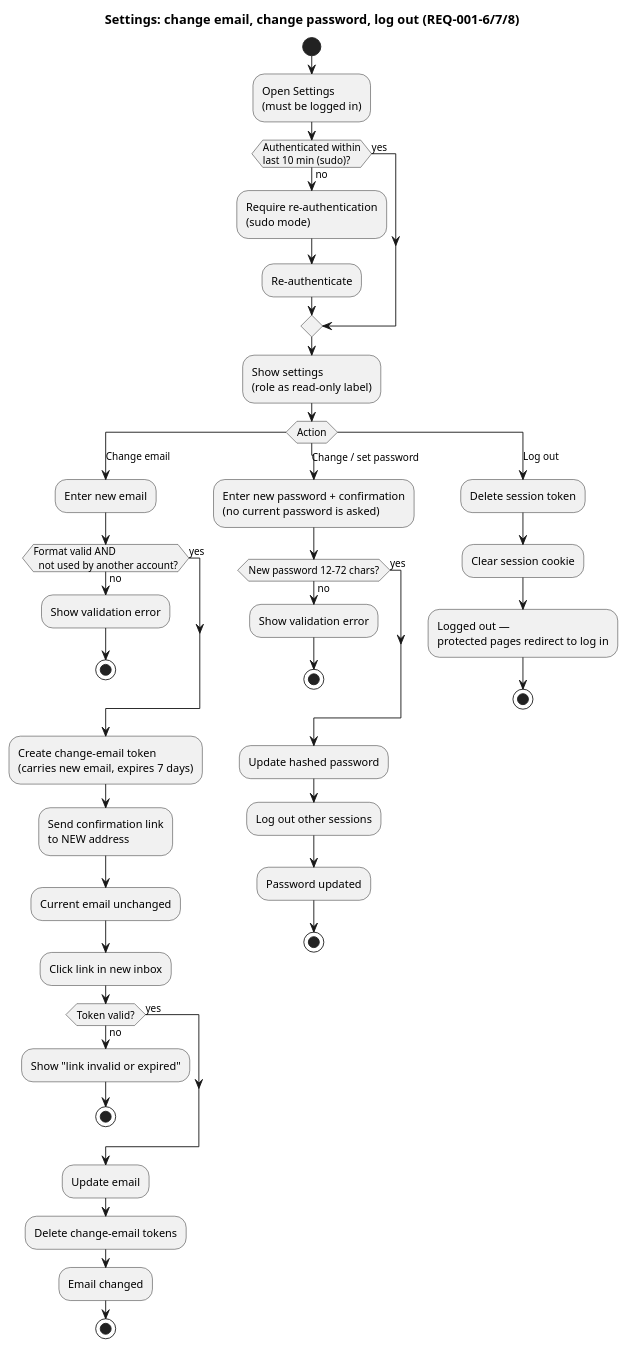
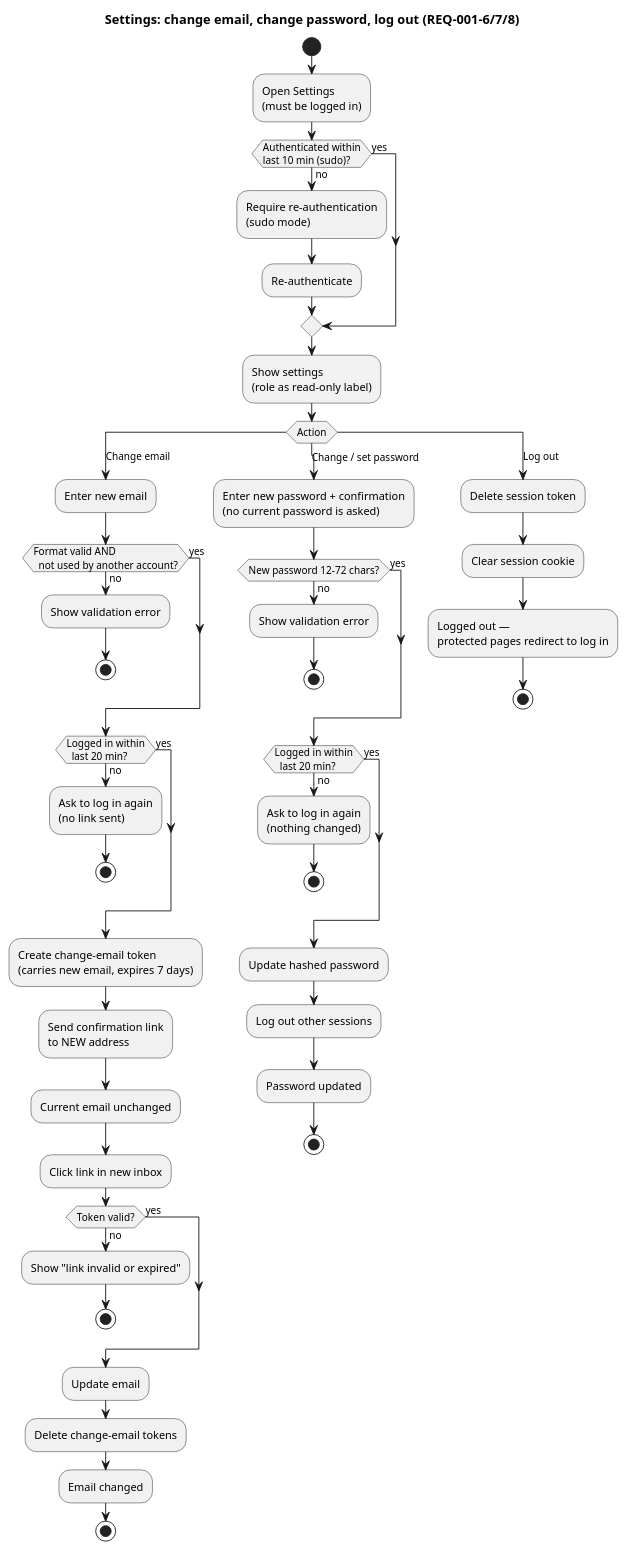
The diagram in docs/specs/001-accounts-authentication/diagrams/activity-settings.puml (raseniero/jairojobs-elixir), drawn with PlantUML before and after one commit. The commit also changed 9 other files, not shown here.

Commit message:
fix(accounts): late Settings submit asks to log in again instead of crashing (REQ-001-6, REQ-001-7)

```diff
--- a/docs/specs/001-accounts-authentication/diagrams/activity-settings.puml
+++ b/docs/specs/001-accounts-authentication/diagrams/activity-settings.puml
@@ -1,60 +1,74 @@
 @startuml activity-settings
 ' Spec 001 — account settings and log out (REQ-001-6, REQ-001-7, REQ-001-8)
 title Settings: change email, change password, log out (REQ-001-6/7/8)
 
 start
 :Open Settings
 (must be logged in);
 if (Authenticated within
 last 10 min (sudo)?) then (no)
   :Require re-authentication
   (sudo mode);
   :Re-authenticate;
 else (yes)
 endif
 :Show settings
 (role as read-only label);
 switch (Action)
 case (Change email)
   :Enter new email;
   if (Format valid AND
   not used by another account?) then (no)
     :Show validation error;
+    stop
+  else (yes)
+  endif
+  if (Logged in within
+  last 20 min?) then (no)
+    :Ask to log in again
+    (no link sent);
     stop
   else (yes)
   endif
   :Create change-email token
   (carries new email, expires 7 days);
   :Send confirmation link
   to NEW address;
   :Current email unchanged;
   :Click link in new inbox;
   if (Token valid?) then (no)
     :Show "link invalid or expired";
     stop
   else (yes)
   endif
   :Update email;
   :Delete change-email tokens;
   :Email changed;
   stop
 case (Change / set password)
   :Enter new password + confirmation
   (no current password is asked);
   if (New password 12–72 chars?) then (no)
     :Show validation error;
     stop
   else (yes)
   endif
+  if (Logged in within
+  last 20 min?) then (no)
+    :Ask to log in again
+    (nothing changed);
+    stop
+  else (yes)
+  endif
   :Update hashed password;
   :Log out other sessions;
   :Password updated;
   stop
 case (Log out)
   :Delete session token;
   :Clear session cookie;
   :Logged out —
   protected pages redirect to log in;
   stop
 endswitch
 @enduml
```
